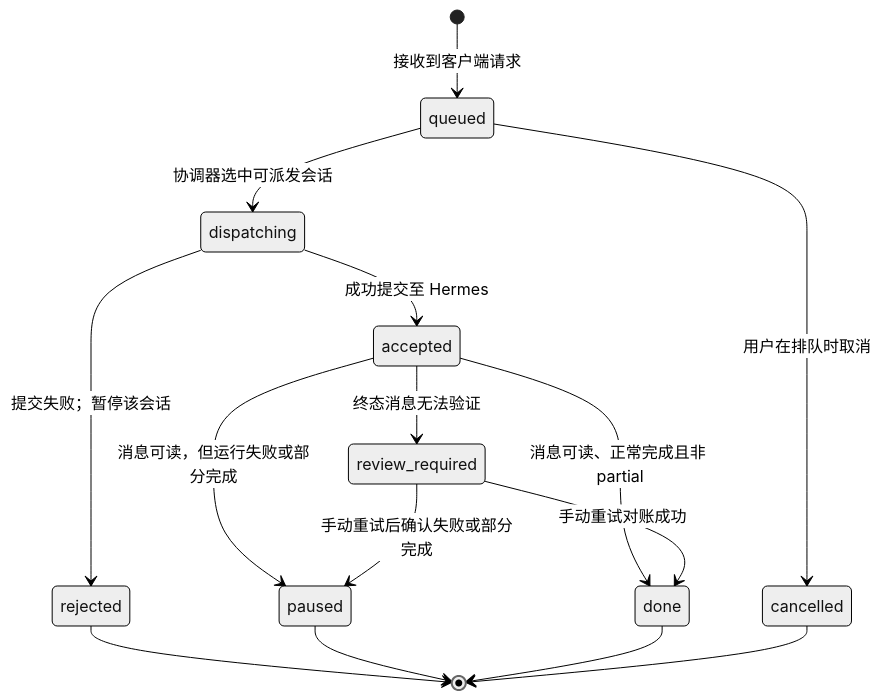
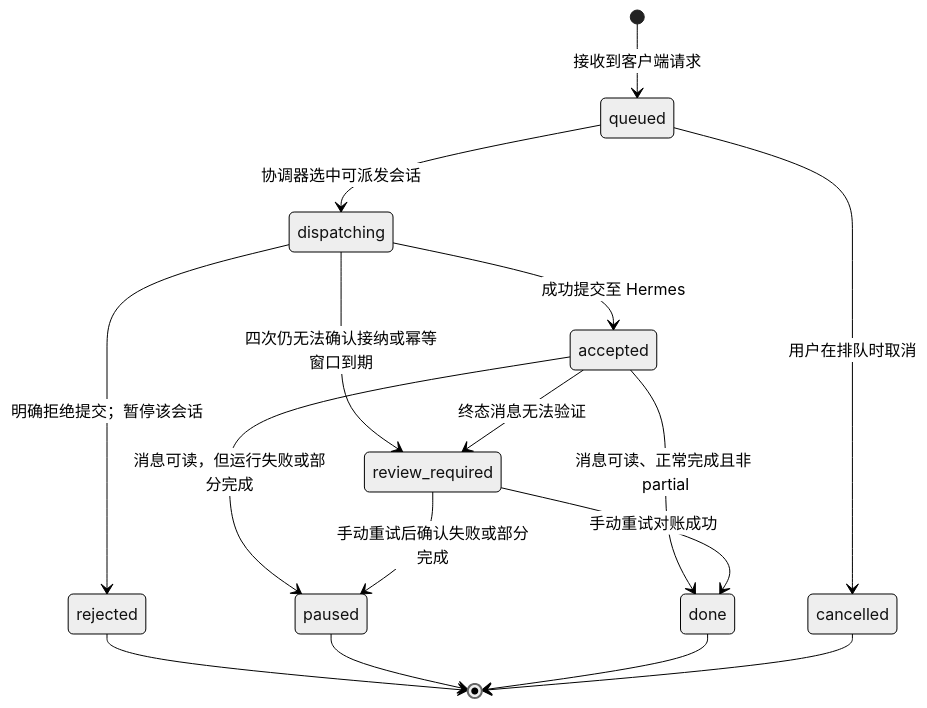
One commit to ermu03/emu-chat changed the first of 3 diagrams in docs/03-state-machines.md. Above: the diagram before and after it, drawn with Mermaid (neutral theme). The commit also changed other lines of this file and 21 other files, not shown here.

````diff
--- a/docs/03-state-machines.md
+++ b/docs/03-state-machines.md
@@ -9,21 +9,22 @@
 ```mermaid
 stateDiagram-v2
     [*] --> queued : 接收到客户端请求
     queued --> dispatching : 协调器选中可派发会话
     queued --> cancelled : 用户在排队时取消
     
     dispatching --> accepted : 成功提交至 Hermes
-    dispatching --> rejected : 提交失败；暂停该会话
+    dispatching --> rejected : 明确拒绝提交；暂停该会话
+    dispatching --> review_required : 四次仍无法确认接纳或幂等窗口到期
     
     accepted --> done : 消息可读、正常完成且非 partial
     accepted --> paused : 消息可读，但运行失败或部分完成
     accepted --> review_required : 终态消息无法验证
     
     review_required --> done : 手动重试对账成功
     review_required --> paused : 手动重试后确认失败或部分完成
     
     rejected --> [*]
     paused --> [*]
     done --> [*]
     cancelled --> [*]
 ```
````
